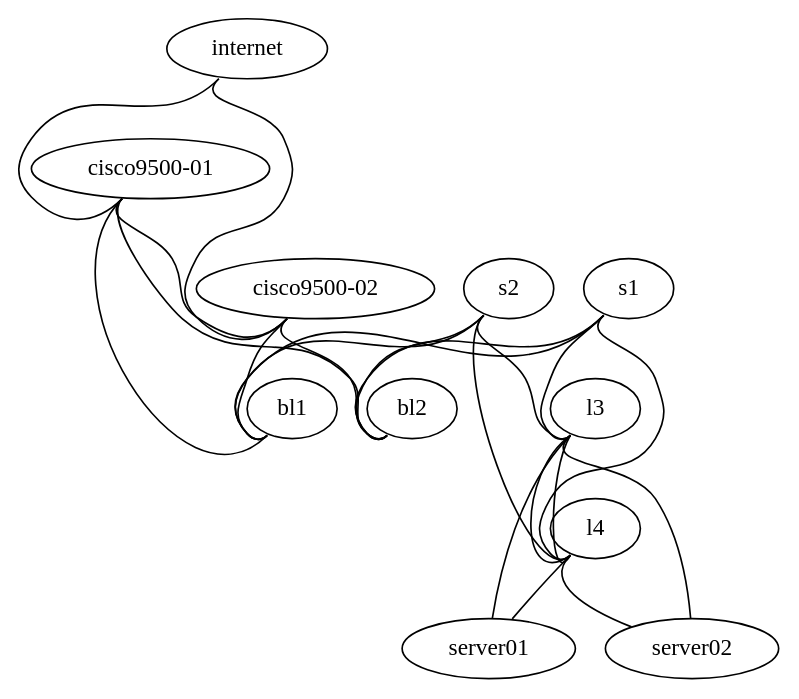
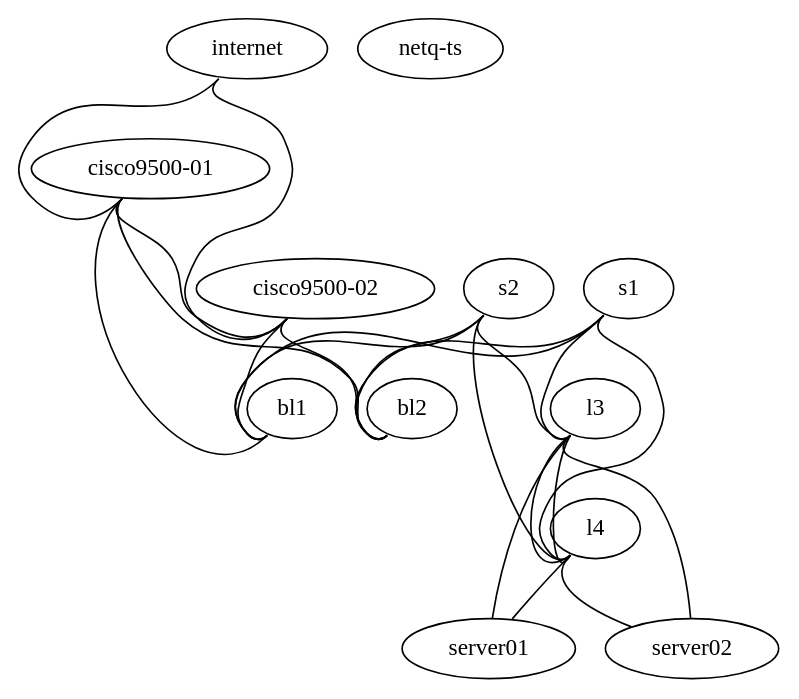
One commit to Cloudofyou/poc-old-oneok changed the diagram in vx_simulation/site.dot. Above: the diagram before and after it, drawn with Graphviz. The commit also changed 6 other files, not shown here.

```diff
--- a/vx_simulation/site.dot
+++ b/vx_simulation/site.dot
@@ -1,36 +1,39 @@
 graph site {
  "internet" [function="internet" os="CumulusCommunity/cumulus-vx" version="3.7.2" memory="1024" config="./helper_scripts/extra_switch_config.sh" mgmt_ip="192.168.200.1"]
  "cisco9500-01" [function="cisco" os="CumulusCommunity/cumulus-vx" version="3.7.2" memory="1024" config="./helper_scripts/extra_switch_config.sh" mgmt_ip="192.168.200.2"]
  "cisco9500-02" [function="cisco" os="CumulusCommunity/cumulus-vx" version="3.7.2" memory="1024" config="./helper_scripts/extra_switch_config.sh" mgmt_ip="192.168.200.3"]
  "s1" [function="spine" os="CumulusCommunity/cumulus-vx" version="3.7.2" memory="1024" config="./helper_scripts/extra_switch_config.sh" mgmt_ip="192.168.200.4"]
  "s2" [function="spine" os="CumulusCommunity/cumulus-vx" version="3.7.2" memory="1024" config="./helper_scripts/extra_switch_config.sh" mgmt_ip="192.168.200.5"]
  "bl1" [function="leaf" os="CumulusCommunity/cumulus-vx" version="3.7.2" memory="1024" config="./helper_scripts/extra_switch_config.sh" mgmt_ip="192.168.200.6"]
  "bl2" [function="leaf" os="CumulusCommunity/cumulus-vx" version="3.7.2" memory="1024" config="./helper_scripts/extra_switch_config.sh" mgmt_ip="192.168.200.7"]
  "l3" [function="leaf" os="CumulusCommunity/cumulus-vx" version="3.7.2" memory="1024" config="./helper_scripts/extra_switch_config.sh" mgmt_ip="192.168.200.8"]
  "l4" [function="leaf" os="CumulusCommunity/cumulus-vx" version="3.7.2" memory="1024" config="./helper_scripts/extra_switch_config.sh" mgmt_ip="192.168.200.9"]
  "server01" [function="host" os="yk0/ubuntu-xenial" memory="768" config="./helper_scripts/extra_server_config.sh" mgmt_ip="192.168.200.10"]
  "server02" [function="host" os="yk0/ubuntu-xenial" memory="768" config="./helper_scripts/extra_server_config.sh" mgmt_ip="192.168.200.11"]
+ "netq-ts"   [function="host" config="./helper_scripts/extra_server_config.sh" mgmt_ip="192.168.200.250" memory="2048" os="cumulus/ts"]
+
+
 
 "internet":"swp1" -- "cisco9500-01":"swp4"
 "internet":"swp2" -- "cisco9500-02":"swp4"
 "cisco9500-01":"swp1" -- "bl1":"swp51"
 "cisco9500-01":"swp2" -- "bl2":"swp47"
 "cisco9500-02":"swp1" -- "bl1":"swp52"
 "cisco9500-02":"swp2" -- "bl2":"swp48"
 "cisco9500-01":"swp3" -- "cisco9500-02":"swp3"
 
 "s1":"swp1" -- "bl1":"swp53"
 "s1":"swp2" -- "bl2":"swp50"
 "s1":"swp3" -- "l3":"swp50"
 "s1":"swp4" -- "l4":"swp50"
 "s2":"swp1" -- "bl1":"swp54"
 "s2":"swp2" -- "bl2":"swp52"
 "s2":"swp3" -- "l3":"swp52"
 "s2":"swp4" -- "l4":"swp52"
 "l3":"swp1" -- "server01":"eth1"
 "l3":"swp2" -- "server02":"eth1"
 "l4":"swp1" -- "server01":"eth2"
 "l4":"swp2" -- "server02":"eth2"
 "l3":"swp47" -- "l4":"swp47"
 "l3":"swp48" -- "l4":"swp48"
 }
```
